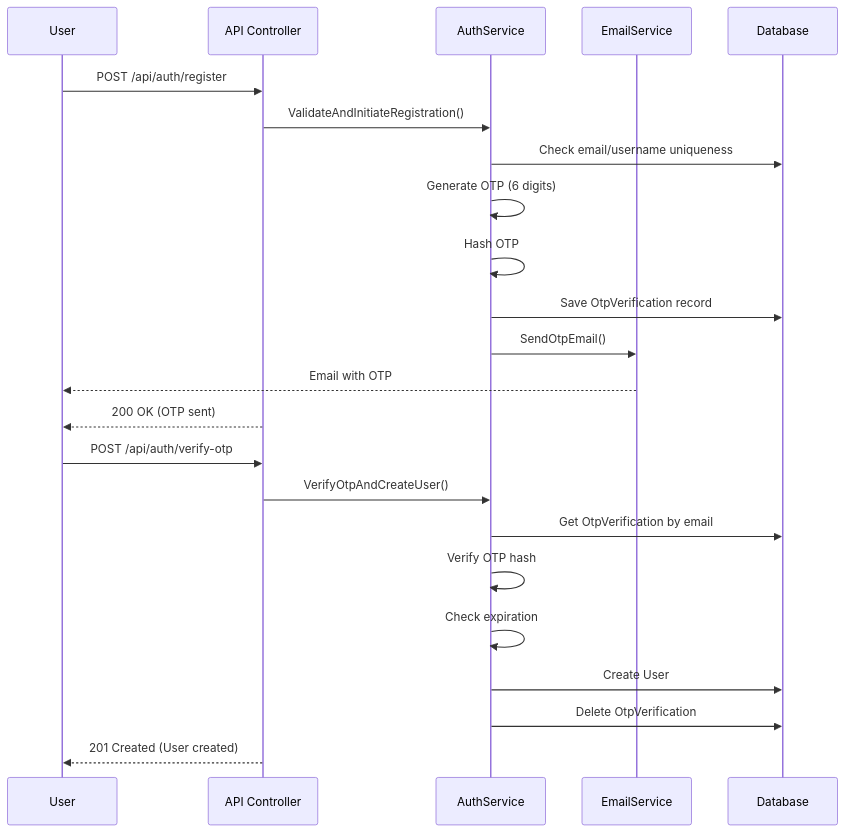
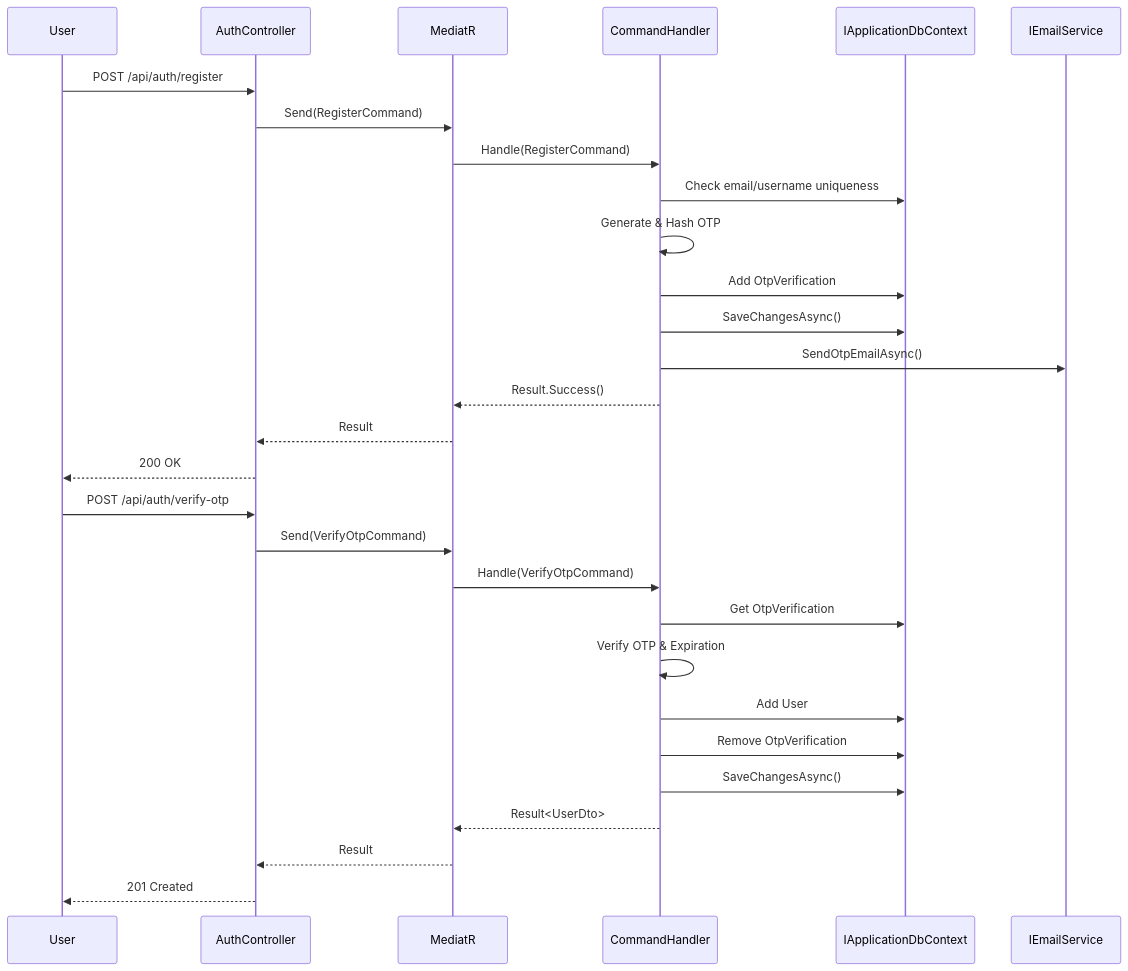
One commit to anisfake/CodeNexus changed the diagram in .kiro/specs/user-registration-otp/design.md. Above: the diagram before and after it, drawn with Mermaid. The commit also changed other lines of this file and 8 other files, not shown here.

````diff
--- a/.kiro/specs/user-registration-otp/design.md
+++ b/.kiro/specs/user-registration-otp/design.md
@@ -9,27 +9,33 @@
 ```mermaid
 sequenceDiagram
     participant U as User
-    participant API as API Controller
-    participant AS as AuthService
-    participant ES as EmailService
-    participant DB as Database
+    participant API as AuthController
+    participant M as MediatR
+    participant CH as CommandHandler
+    participant DB as IApplicationDbContext
+    participant ES as IEmailService
 
     U->>API: POST /api/auth/register
-    API->>AS: ValidateAndInitiateRegistration()
-    AS->>DB: Check email/username uniqueness
-    AS->>AS: Generate OTP (6 digits)
-    AS->>AS: Hash OTP
-    AS->>DB: Save OtpVerification record
-    AS->>ES: SendOtpEmail()
-    ES-->>U: Email with OTP
-    API-->>U: 200 OK (OTP sent)
+    API->>M: Send(RegisterCommand)
+    M->>CH: Handle(RegisterCommand)
+    CH->>DB: Check email/username uniqueness
+    CH->>CH: Generate & Hash OTP
+    CH->>DB: Add OtpVerification
+    CH->>DB: SaveChangesAsync()
+    CH->>ES: SendOtpEmailAsync()
+    CH-->>M: Result.Success()
+    M-->>API: Result
+    API-->>U: 200 OK
 
     U->>API: POST /api/auth/verify-otp
-    API->>AS: VerifyOtpAndCreateUser()
-    AS->>DB: Get OtpVerification by email
-    AS->>AS: Verify OTP hash
-    AS->>AS: Check expiration
-    AS->>DB: Create User
-    AS->>DB: Delete OtpVerification
-    API-->>U: 201 Created (User created)
+    API->>M: Send(VerifyOtpCommand)
+    M->>CH: Handle(VerifyOtpCommand)
+    CH->>DB: Get OtpVerification
+    CH->>CH: Verify OTP & Expiration
+    CH->>DB: Add User
+    CH->>DB: Remove OtpVerification
+    CH->>DB: SaveChangesAsync()
+    CH-->>M: Result<UserDto>
+    M-->>API: Result
+    API-->>U: 201 Created
 ```
````
